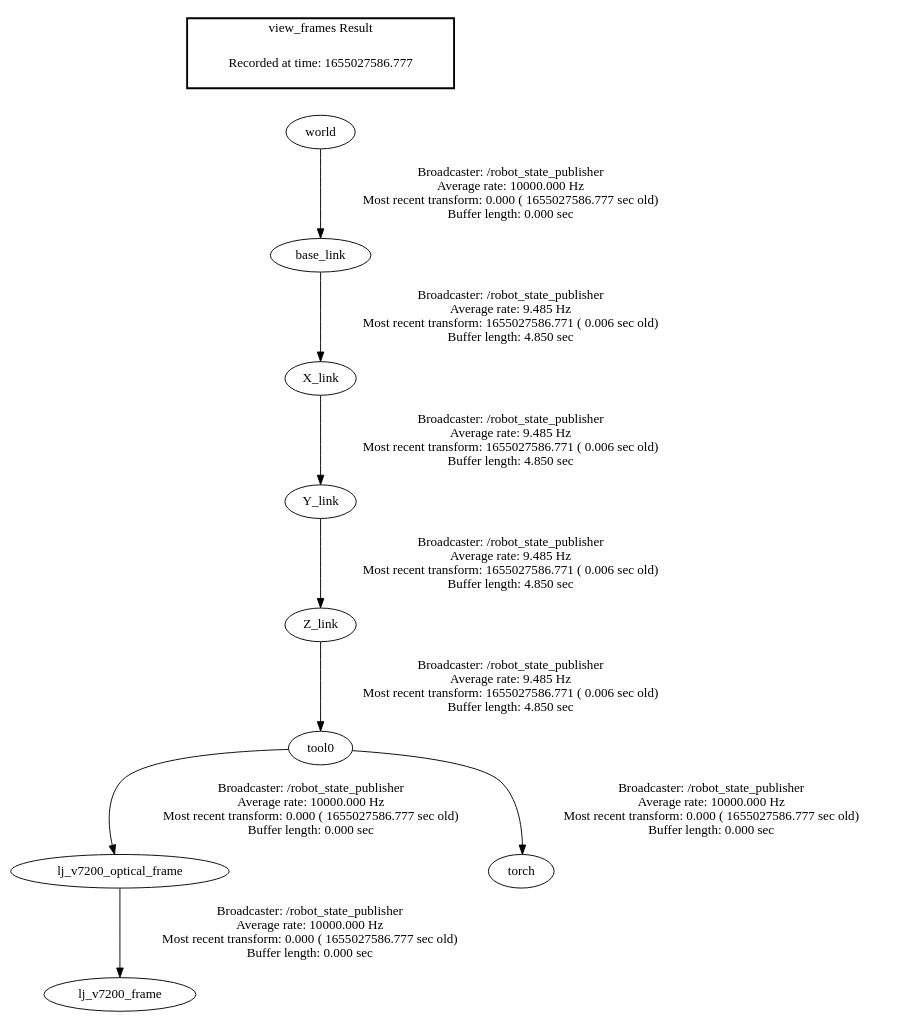
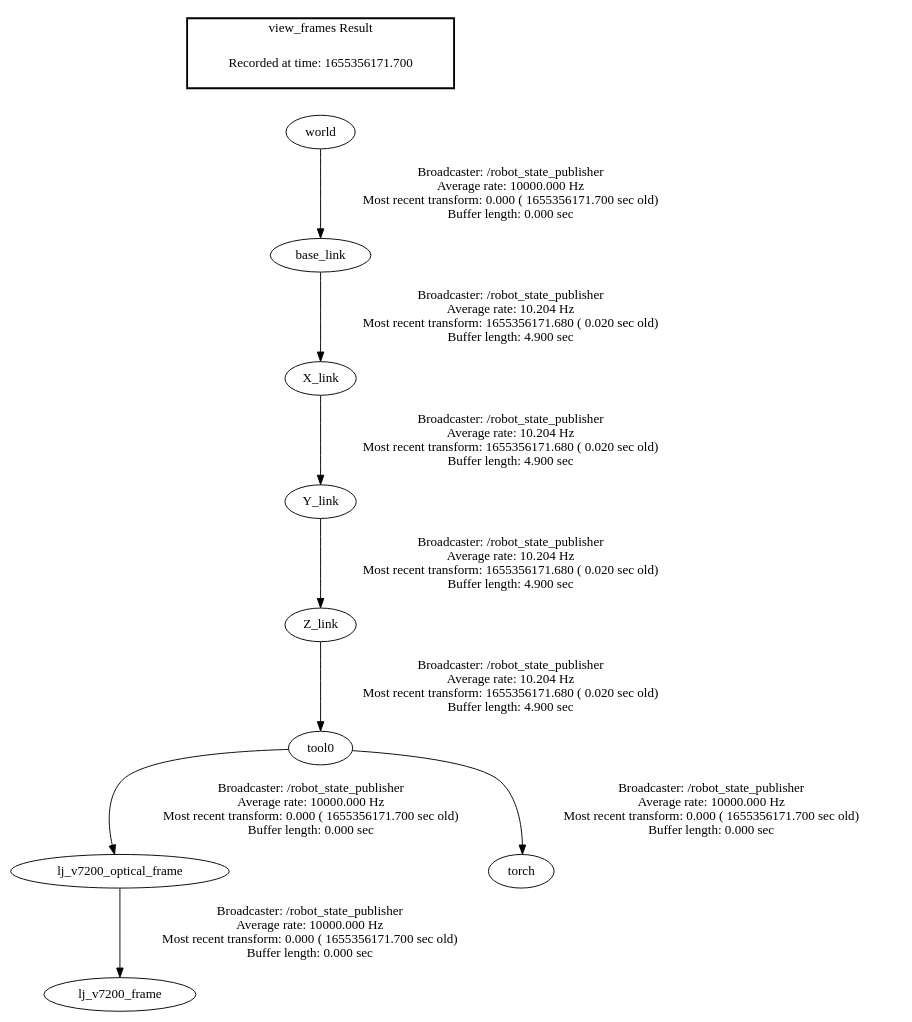
The diagram in frames.gv (blackhorsewu/cncweld), drawn with Graphviz before and after one commit. The commit also changed 3 other files, not shown here.

```diff
--- a/frames.gv
+++ b/frames.gv
@@ -1,14 +1,14 @@
 digraph G {
-"lj_v7200_optical_frame" -> "lj_v7200_frame"[label="Broadcaster: /robot_state_publisher\nAverage rate: 10000.000 Hz\nMost recent transform: 0.000 ( 1655027586.777 sec old)\nBuffer length: 0.000 sec\n"];
-"tool0" -> "lj_v7200_optical_frame"[label="Broadcaster: /robot_state_publisher\nAverage rate: 10000.000 Hz\nMost recent transform: 0.000 ( 1655027586.777 sec old)\nBuffer length: 0.000 sec\n"];
-"Z_link" -> "tool0"[label="Broadcaster: /robot_state_publisher\nAverage rate: 9.485 Hz\nMost recent transform: 1655027586.771 ( 0.006 sec old)\nBuffer length: 4.850 sec\n"];
-"tool0" -> "torch"[label="Broadcaster: /robot_state_publisher\nAverage rate: 10000.000 Hz\nMost recent transform: 0.000 ( 1655027586.777 sec old)\nBuffer length: 0.000 sec\n"];
-"world" -> "base_link"[label="Broadcaster: /robot_state_publisher\nAverage rate: 10000.000 Hz\nMost recent transform: 0.000 ( 1655027586.777 sec old)\nBuffer length: 0.000 sec\n"];
-"X_link" -> "Y_link"[label="Broadcaster: /robot_state_publisher\nAverage rate: 9.485 Hz\nMost recent transform: 1655027586.771 ( 0.006 sec old)\nBuffer length: 4.850 sec\n"];
-"base_link" -> "X_link"[label="Broadcaster: /robot_state_publisher\nAverage rate: 9.485 Hz\nMost recent transform: 1655027586.771 ( 0.006 sec old)\nBuffer length: 4.850 sec\n"];
-"Y_link" -> "Z_link"[label="Broadcaster: /robot_state_publisher\nAverage rate: 9.485 Hz\nMost recent transform: 1655027586.771 ( 0.006 sec old)\nBuffer length: 4.850 sec\n"];
+"lj_v7200_optical_frame" -> "lj_v7200_frame"[label="Broadcaster: /robot_state_publisher\nAverage rate: 10000.000 Hz\nMost recent transform: 0.000 ( 1655356171.700 sec old)\nBuffer length: 0.000 sec\n"];
+"tool0" -> "lj_v7200_optical_frame"[label="Broadcaster: /robot_state_publisher\nAverage rate: 10000.000 Hz\nMost recent transform: 0.000 ( 1655356171.700 sec old)\nBuffer length: 0.000 sec\n"];
+"Z_link" -> "tool0"[label="Broadcaster: /robot_state_publisher\nAverage rate: 10.204 Hz\nMost recent transform: 1655356171.680 ( 0.020 sec old)\nBuffer length: 4.900 sec\n"];
+"tool0" -> "torch"[label="Broadcaster: /robot_state_publisher\nAverage rate: 10000.000 Hz\nMost recent transform: 0.000 ( 1655356171.700 sec old)\nBuffer length: 0.000 sec\n"];
+"world" -> "base_link"[label="Broadcaster: /robot_state_publisher\nAverage rate: 10000.000 Hz\nMost recent transform: 0.000 ( 1655356171.700 sec old)\nBuffer length: 0.000 sec\n"];
+"X_link" -> "Y_link"[label="Broadcaster: /robot_state_publisher\nAverage rate: 10.204 Hz\nMost recent transform: 1655356171.680 ( 0.020 sec old)\nBuffer length: 4.900 sec\n"];
+"base_link" -> "X_link"[label="Broadcaster: /robot_state_publisher\nAverage rate: 10.204 Hz\nMost recent transform: 1655356171.680 ( 0.020 sec old)\nBuffer length: 4.900 sec\n"];
+"Y_link" -> "Z_link"[label="Broadcaster: /robot_state_publisher\nAverage rate: 10.204 Hz\nMost recent transform: 1655356171.680 ( 0.020 sec old)\nBuffer length: 4.900 sec\n"];
 edge [style=invis];
  subgraph cluster_legend { style=bold; color=black; label ="view_frames Result";
-"Recorded at time: 1655027586.777"[ shape=plaintext ] ;
+"Recorded at time: 1655356171.700"[ shape=plaintext ] ;
  }->"world";
 }
```
